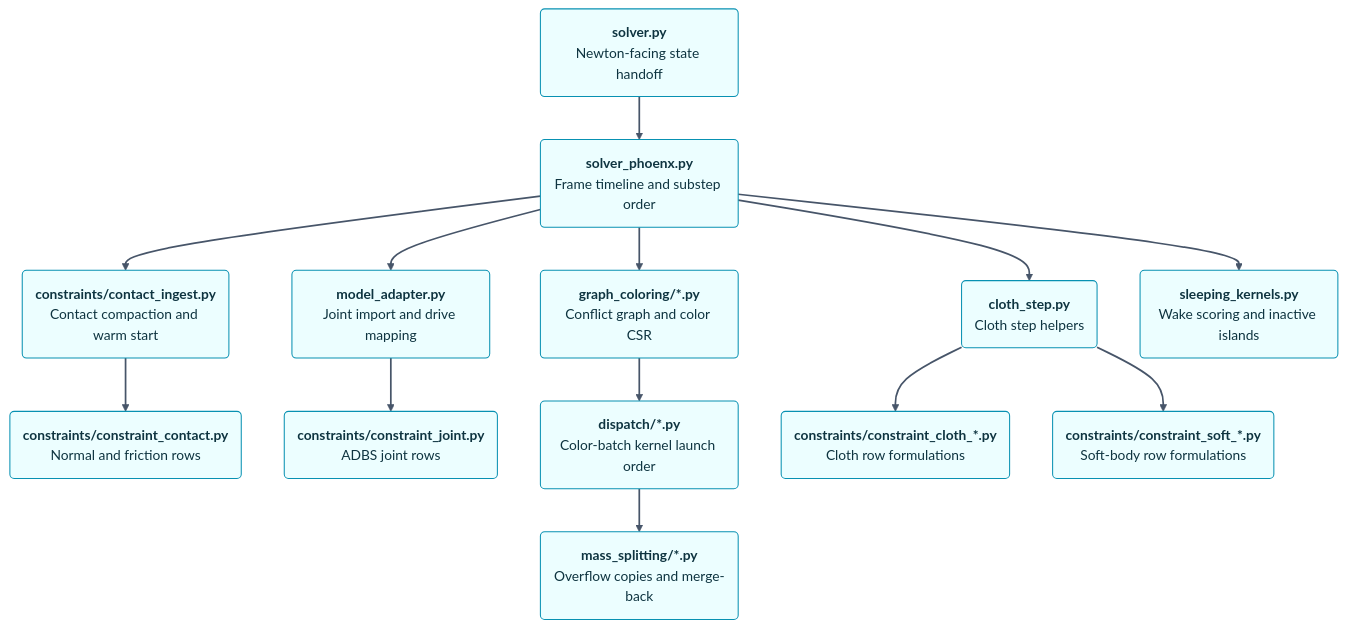
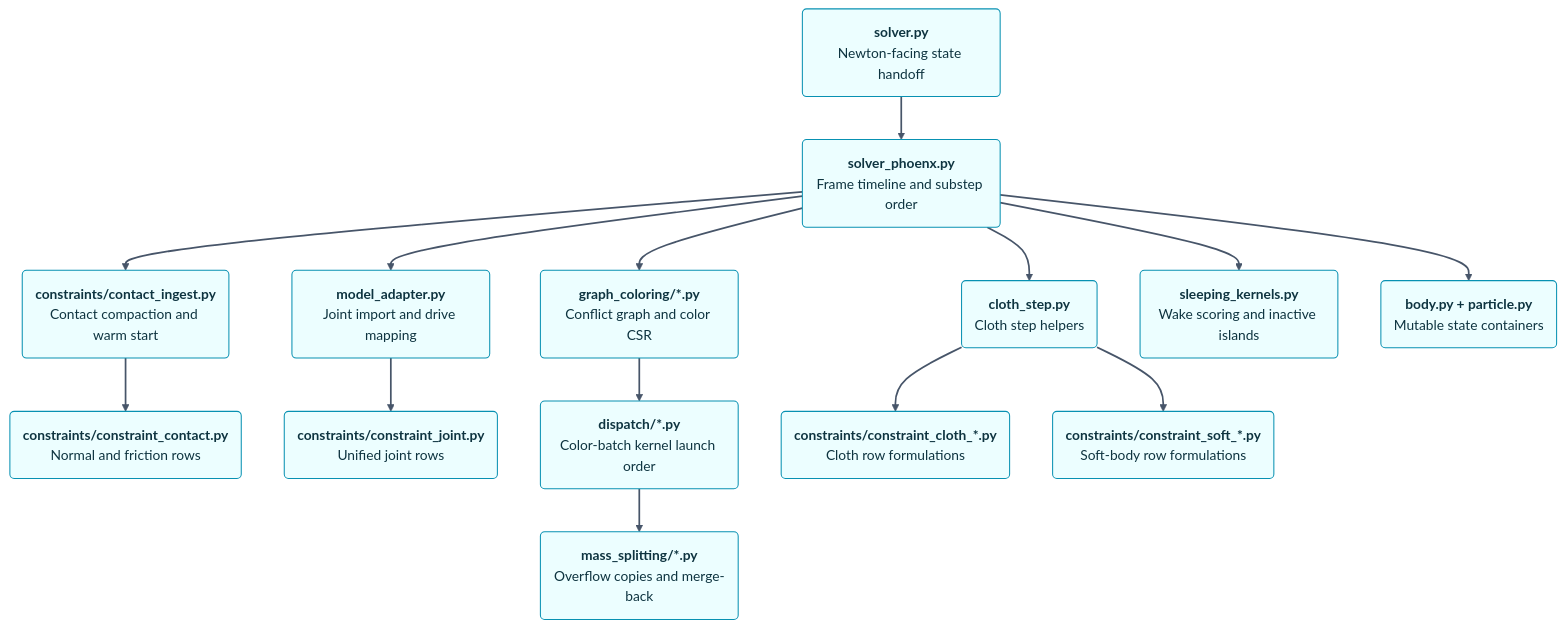
The fifth of 6 diagrams in newton/_src/solvers/phoenx/README.md (nvtw/newton), drawn with Mermaid (forest theme) before and after one commit. The commit also changed other lines of this file, not shown here.

````diff
--- a/newton/_src/solvers/phoenx/README.md
+++ b/newton/_src/solvers/phoenx/README.md
@@ -182,41 +182,44 @@
 ```mermaid
 flowchart TD
     classDef file fill:#ecfeff,stroke:#0891b2,stroke-width:1.2px,color:#0e3440
     A("<b>solver.py</b><br/>Newton-facing state handoff"):::file
     B("<b>solver_phoenx.py</b><br/>Frame timeline and substep order"):::file
     C("<b>constraints/contact_ingest.py</b><br/>Contact compaction and warm start"):::file
     D("<b>constraints/constraint_contact.py</b><br/>Normal and friction rows"):::file
     E("<b>model_adapter.py</b><br/>Joint import and drive mapping"):::file
-    F("<b>constraints/constraint_joint.py</b><br/>ADBS joint rows"):::file
+    F("<b>constraints/constraint_joint.py</b><br/>Unified joint rows"):::file
     G("<b>graph_coloring/*.py</b><br/>Conflict graph and color CSR"):::file
     H("<b>dispatch/*.py</b><br/>Color-batch kernel launch order"):::file
     I("<b>cloth_step.py</b><br/>Cloth step helpers"):::file
     J("<b>constraints/constraint_cloth_*.py</b><br/>Cloth row formulations"):::file
     K("<b>constraints/constraint_soft_*.py</b><br/>Soft-body row formulations"):::file
     L("<b>mass_splitting/*.py</b><br/>Overflow copies and merge-back"):::file
     M("<b>sleeping_kernels.py</b><br/>Wake scoring and inactive islands"):::file
+    N("<b>body.py + particle.py</b><br/>Mutable state containers"):::file
     A --> B
     B --> C
     C --> D
     B --> E
     E --> F
     B --> G
     G --> H
     B --> I
     I --> J
     I --> K
     H --> L
     B --> M
+    B --> N
     linkStyle 0 stroke:#475569,stroke-width:2px
     linkStyle 1 stroke:#475569,stroke-width:2px
     linkStyle 2 stroke:#475569,stroke-width:2px
     linkStyle 3 stroke:#475569,stroke-width:2px
     linkStyle 4 stroke:#475569,stroke-width:2px
     linkStyle 5 stroke:#475569,stroke-width:2px
     linkStyle 6 stroke:#475569,stroke-width:2px
     linkStyle 7 stroke:#475569,stroke-width:2px
     linkStyle 8 stroke:#475569,stroke-width:2px
     linkStyle 9 stroke:#475569,stroke-width:2px
     linkStyle 10 stroke:#475569,stroke-width:2px
     linkStyle 11 stroke:#475569,stroke-width:2px
+    linkStyle 12 stroke:#475569,stroke-width:2px
 ```
````
